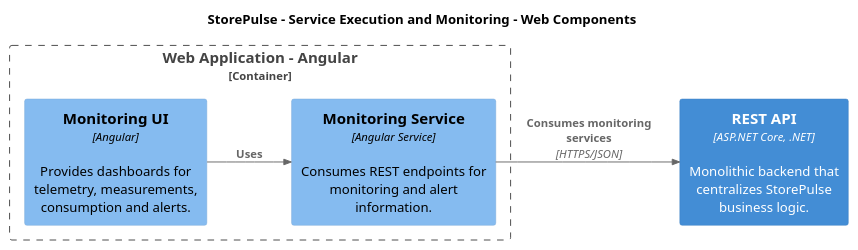
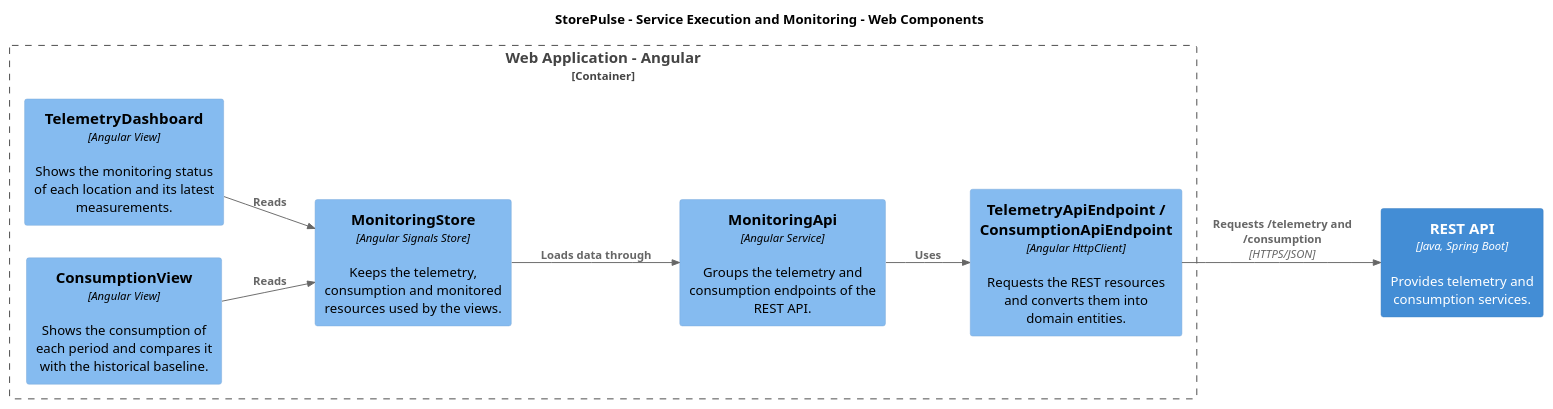
One commit to VanguardTechIot/storepulse-report changed the diagram in assets/architecture/service-execution-monitoring/01-service-monitoring-web-component.puml. Above: the diagram before and after it, drawn with PlantUML. The commit also changed 6 other files, not shown here.

Commit message:
docs(monitoring): update service execution and monitoring section

```diff
--- a/assets/architecture/service-execution-monitoring/01-service-monitoring-web-component.puml
+++ b/assets/architecture/service-execution-monitoring/01-service-monitoring-web-component.puml
@@ -1,25 +1,37 @@
 @startuml storepulse-service-monitoring-web-component
 
 !include https://raw.githubusercontent.com/plantuml-stdlib/C4-PlantUML/master/C4_Component.puml
 
 LAYOUT_LEFT_RIGHT()
 HIDE_STEREOTYPE()
 skinparam shadowing false
 skinparam defaultFontName Arial
 
 title StorePulse - Service Execution and Monitoring - Web Components
 
 Container_Boundary(webApp, "Web Application - Angular") {
 
-    Component(monitoringUI, "Monitoring UI", "Angular", "Provides dashboards for telemetry, measurements, consumption and alerts.")
+    Component(telemetryDashboard, "TelemetryDashboard", "Angular View", "Shows the monitoring status of each location and its latest measurements.")
 
-    Component(monitoringService, "Monitoring Service", "Angular Service", "Consumes REST endpoints for monitoring and alert information.")
+    Component(consumptionView, "ConsumptionView", "Angular View", "Shows the consumption of each period and compares it with the historical baseline.")
+
+    Component(monitoringStore, "MonitoringStore", "Angular Signals Store", "Keeps the telemetry, consumption and monitored resources used by the views.")
+
+    Component(monitoringApi, "MonitoringApi", "Angular Service", "Groups the telemetry and consumption endpoints of the REST API.")
+
+    Component(endpoints, "TelemetryApiEndpoint / ConsumptionApiEndpoint", "Angular HttpClient", "Requests the REST resources and converts them into domain entities.")
 }
 
-Container(restApi, "REST API", "ASP.NET Core, .NET", "Monolithic backend that centralizes StorePulse business logic.")
+Container(restApi, "REST API", "Java, Spring Boot", "Provides telemetry and consumption services.")
 
-Rel(monitoringUI, monitoringService, "Uses")
+Rel(telemetryDashboard, monitoringStore, "Reads")
 
-Rel(monitoringService, restApi, "Consumes monitoring services", "HTTPS/JSON")
+Rel(consumptionView, monitoringStore, "Reads")
+
+Rel(monitoringStore, monitoringApi, "Loads data through")
+
+Rel(monitoringApi, endpoints, "Uses")
+
+Rel(endpoints, restApi, "Requests /telemetry and /consumption", "HTTPS/JSON")
 
 @enduml
```
